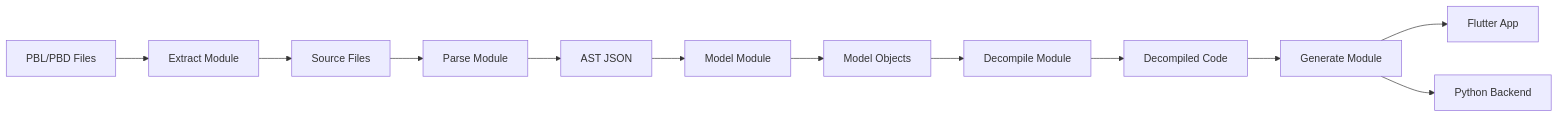
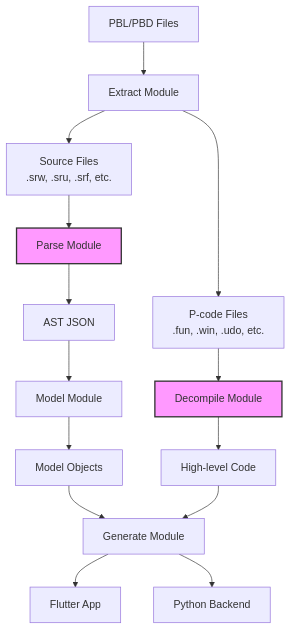
One commit to renato-bosa/powerrebuilder changed the first of 3 diagrams in docs/ARCHITECTURE.md. Above: the diagram before and after it, drawn with Mermaid. The commit also changed other lines of this file and 10 other files, not shown here.

First line of the commit message:
docs: Clarify parallel pipeline architecture throughout project

````diff
--- a/docs/ARCHITECTURE.md
+++ b/docs/ARCHITECTURE.md
@@ -49,14 +50,27 @@
 ```mermaid
-graph LR
+graph TB
     PBL[PBL/PBD Files] --> Extract[Extract Module]
-    Extract --> Source[Source Files]
+    Extract --> Source[Source Files<br/>.srw, .sru, .srf, etc.]
+    Extract --> PCode[P-code Files<br/>.fun, .win, .udo, etc.]
+    
     Source --> Parse[Parse Module]
+    PCode --> Decompile[Decompile Module]
+    
     Parse --> AST[AST JSON]
     AST --> Model[Model Module]
     Model --> Objects[Model Objects]
-    Objects --> Decompile[Decompile Module]
-    Decompile --> Code[Decompiled Code]
-    Code --> Generate[Generate Module]
+    
+    Decompile --> HighLevel[High-level Code]
+    
+    Objects --> Generate[Generate Module]
+    HighLevel --> Generate
+    
     Generate --> Flutter[Flutter App]
     Generate --> Python[Python Backend]
+    
+    style Parse fill:#f9f,stroke:#333,stroke-width:2px
+    style Decompile fill:#f9f,stroke:#333,stroke-width:2px
+    
+    classDef parallel fill:#f9f,stroke:#333,stroke-width:2px
+    class Parse,Decompile parallel
 ```
````
